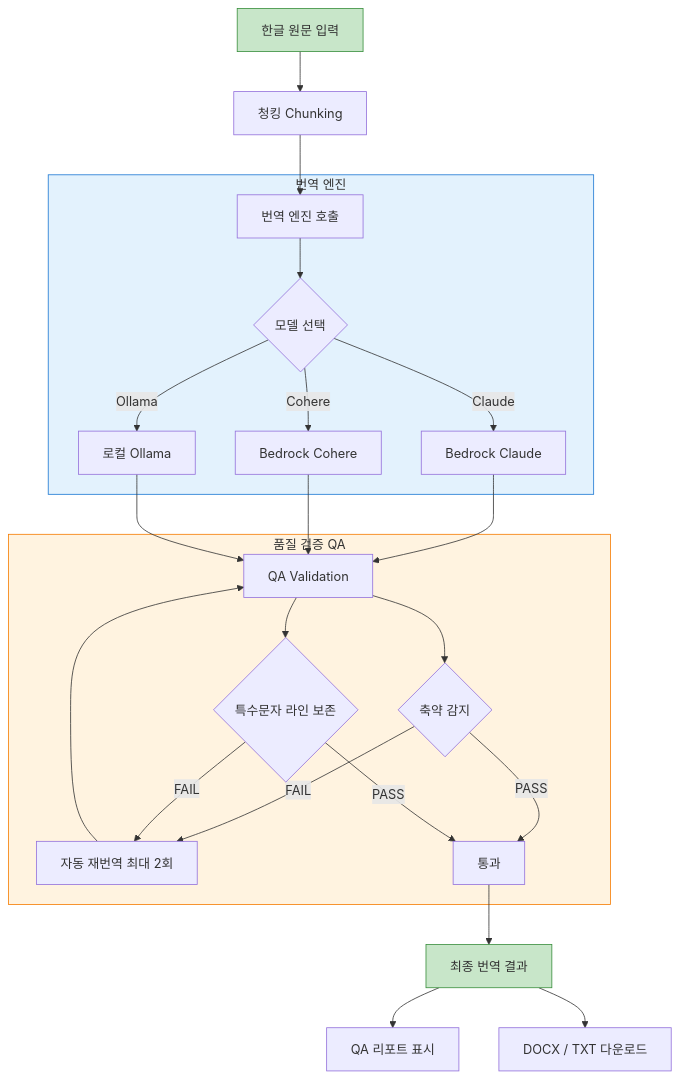
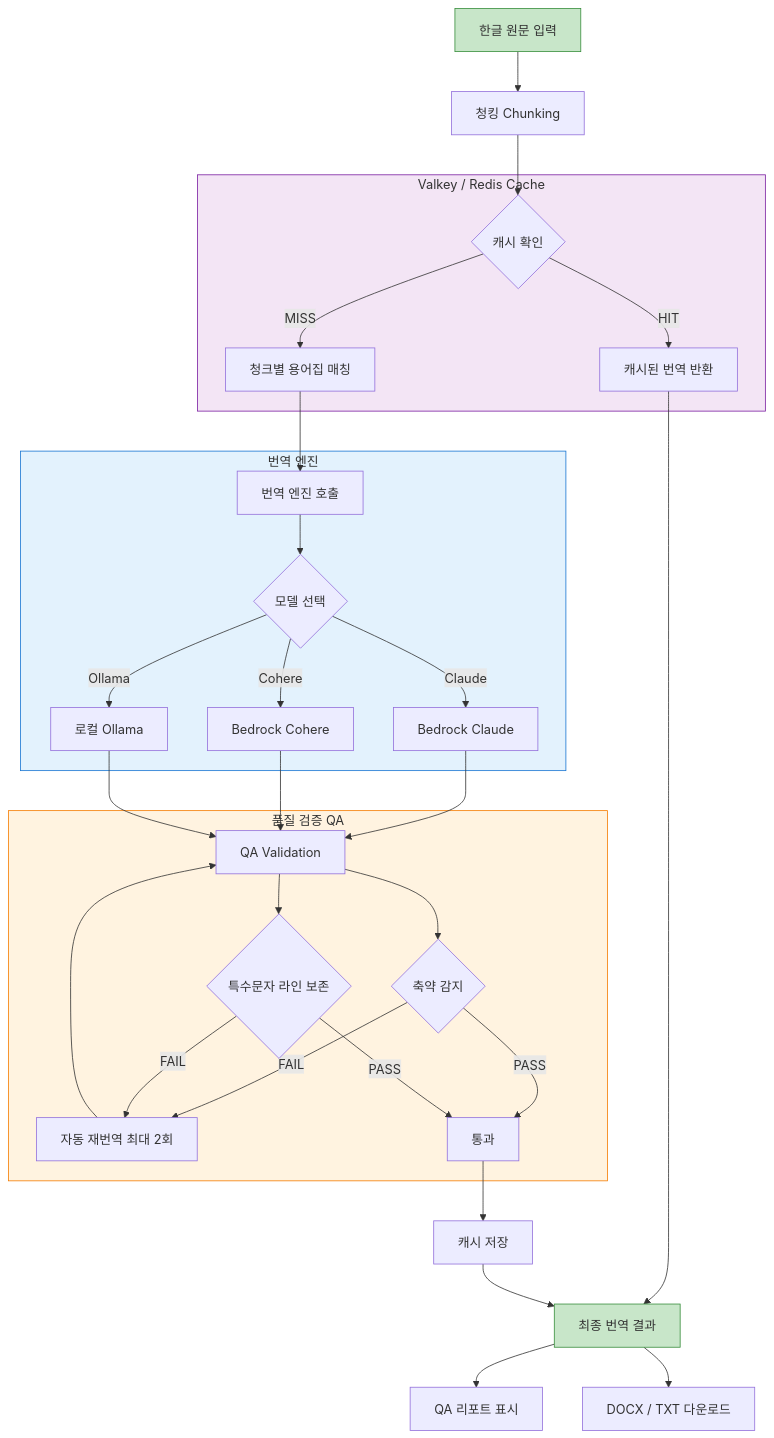
The diagram in README.md (heungh/translator), drawn with Mermaid before and after one commit. The commit also changed other lines of this file and 3 other files, not shown here.

First line of the commit message:
Add Valkey cache, per-chunk glossary optimization, auto-provisioning

````diff
--- a/README.md
+++ b/README.md
@@ -12,35 +13,45 @@
 ```mermaid
 flowchart TD
     A[한글 원문 입력] --> B[청킹 Chunking]
-    B --> C[번역 엔진 호출]
+    B --> C{캐시 확인}
+
+    subgraph Cache["Valkey / Redis Cache"]
+        C -->|HIT| D[캐시된 번역 반환]
+        C -->|MISS| E[청크별 용어집 매칭]
+    end
+
+    E --> F[번역 엔진 호출]
 
     subgraph Engine["번역 엔진"]
-        C --> D{모델 선택}
-        D -->|Claude| E[Bedrock Claude]
-        D -->|Cohere| F[Bedrock Cohere]
-        D -->|Ollama| G[로컬 Ollama]
+        F --> G{모델 선택}
+        G -->|Claude| H[Bedrock Claude]
+        G -->|Cohere| I[Bedrock Cohere]
+        G -->|Ollama| J[로컬 Ollama]
     end
 
-    E --> H[QA Validation]
-    F --> H
-    G --> H
+    H --> K[QA Validation]
+    I --> K
+    J --> K
 
     subgraph QA["품질 검증 QA"]
-        H --> I{축약 감지}
-        H --> J{특수문자 라인 보존}
-        I -->|FAIL| K[자동 재번역 최대 2회]
-        J -->|FAIL| K
-        K --> H
-        I -->|PASS| L[통과]
-        J -->|PASS| L
+        K --> L{축약 감지}
+        K --> M{특수문자 라인 보존}
+        L -->|FAIL| N[자동 재번역 최대 2회]
+        M -->|FAIL| N
+        N --> K
+        L -->|PASS| O[통과]
+        M -->|PASS| O
     end
 
-    L --> M[최종 번역 결과]
-    M --> N[QA 리포트 표시]
-    M --> O[DOCX / TXT 다운로드]
+    O --> P[캐시 저장]
+    D --> Q[최종 번역 결과]
+    P --> Q
+    Q --> R[QA 리포트 표시]
+    Q --> S[DOCX / TXT 다운로드]
 
+    style Cache fill:#f3e5f5,stroke:#7b1fa2
     style Engine fill:#e3f2fd,stroke:#1976d2
     style QA fill:#fff3e0,stroke:#f57c00
     style A fill:#c8e6c9,stroke:#388e3c
-    style M fill:#c8e6c9,stroke:#388e3c
+    style Q fill:#c8e6c9,stroke:#388e3c
 ```
````
